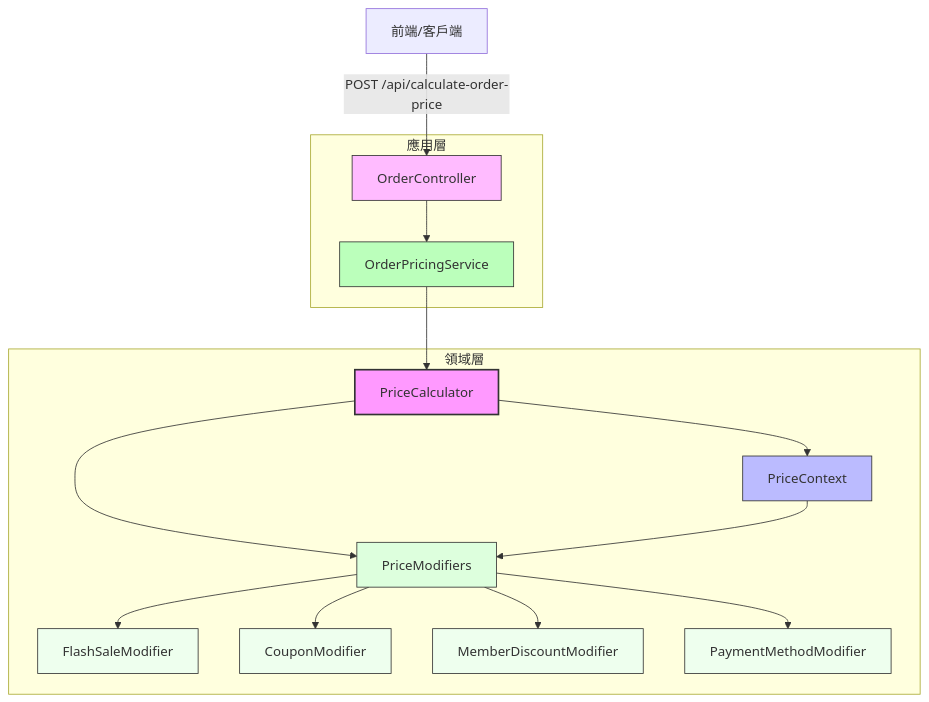
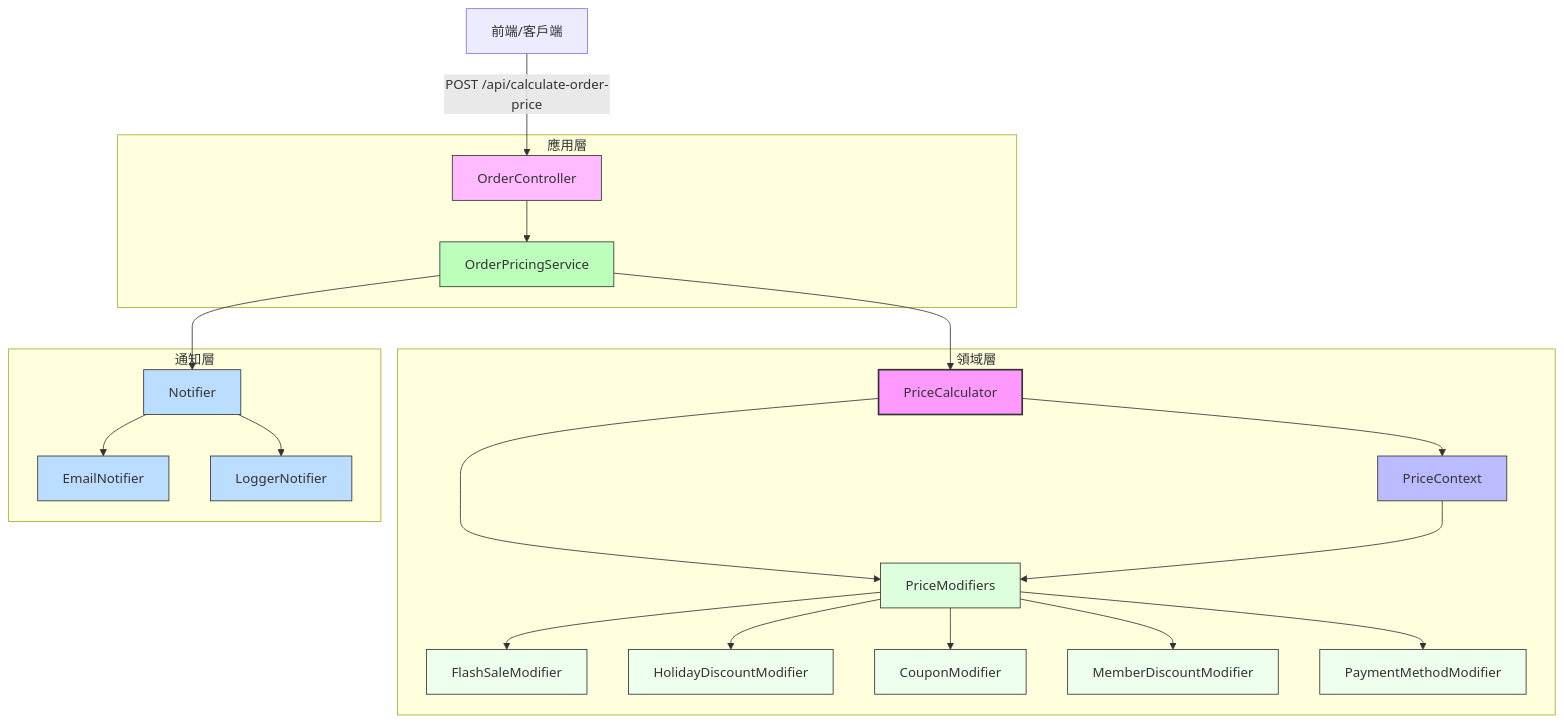
One commit to BpsEason/modular-pricing-engine changed the diagram in README.md. Above: the diagram before and after it, drawn with Mermaid. The commit also changed other lines of this file, not shown here.

````diff
--- a/README.md
+++ b/README.md
@@ -129,32 +132,43 @@
 ```mermaid
 graph TD
     A[前端/客戶端] -->|POST /api/calculate-order-price| B[OrderController]
     B --> C[OrderPricingService]
     C --> D[PriceCalculator]
     D --> E[PriceContext]
     D --> F[PriceModifiers]
     F --> G[FlashSaleModifier]
-    F --> H[CouponModifier]
-    F --> I[MemberDiscountModifier]
-    F --> J[PaymentMethodModifier]
+    F --> H[HolidayDiscountModifier]
+    F --> I[CouponModifier]
+    F --> J[MemberDiscountModifier]
+    F --> K[PaymentMethodModifier]
+    C --> L[Notifier]
+    L --> M[EmailNotifier]
+    L --> N[LoggerNotifier]
     E --> F
     subgraph 領域層 [領域層]
         D[PriceCalculator]:::core
         E[PriceContext]:::dto
         F[PriceModifiers]:::modifiers
         G[FlashSaleModifier]:::modifier
-        H[CouponModifier]:::modifier
-        I[MemberDiscountModifier]:::modifier
-        J[PaymentMethodModifier]:::modifier
+        H[HolidayDiscountModifier]:::modifier
+        I[CouponModifier]:::modifier
+        J[MemberDiscountModifier]:::modifier
+        K[PaymentMethodModifier]:::modifier
+    end
+    subgraph 通知層 [通知層]
+        L[Notifier]:::notifier
+        M[EmailNotifier]:::notifier
+        N[LoggerNotifier]:::notifier
     end
     subgraph 應用層 [應用層]
         B[OrderController]:::controller
         C[OrderPricingService]:::service
     end
     classDef core fill:#f9f,stroke:#333,stroke-width:2px;
     classDef dto fill:#bbf,stroke:#333;
     classDef modifiers fill:#dfd,stroke:#333;
     classDef modifier fill:#efe,stroke:#333;
+    classDef notifier fill:#bdf,stroke:#333;
     classDef controller fill:#fbf,stroke:#333;
     classDef service fill:#bfb,stroke:#333;
 ```
````
